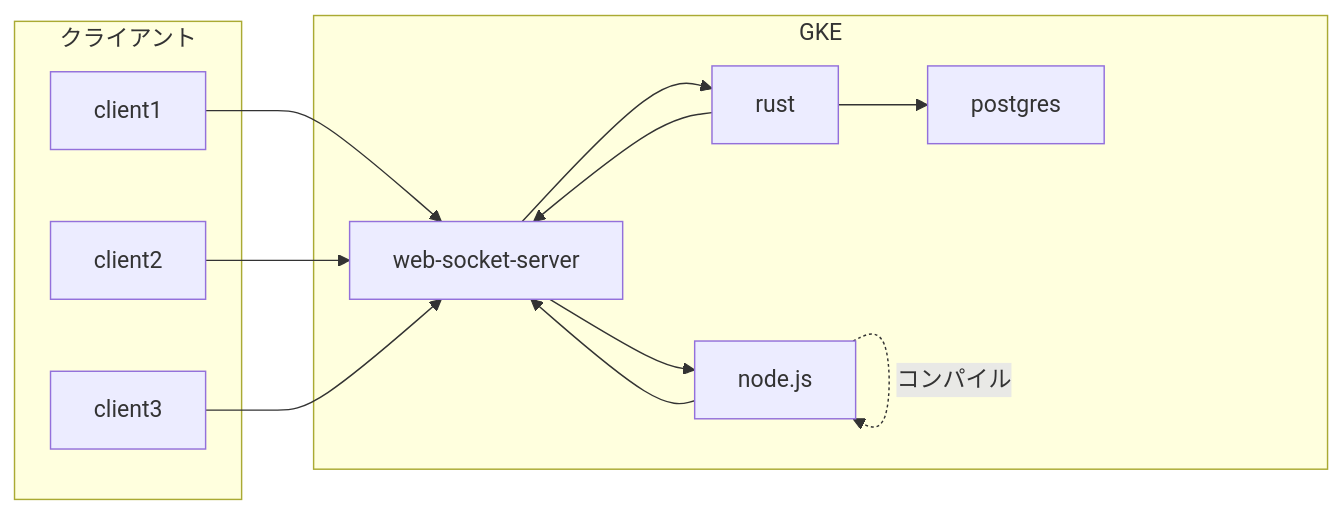
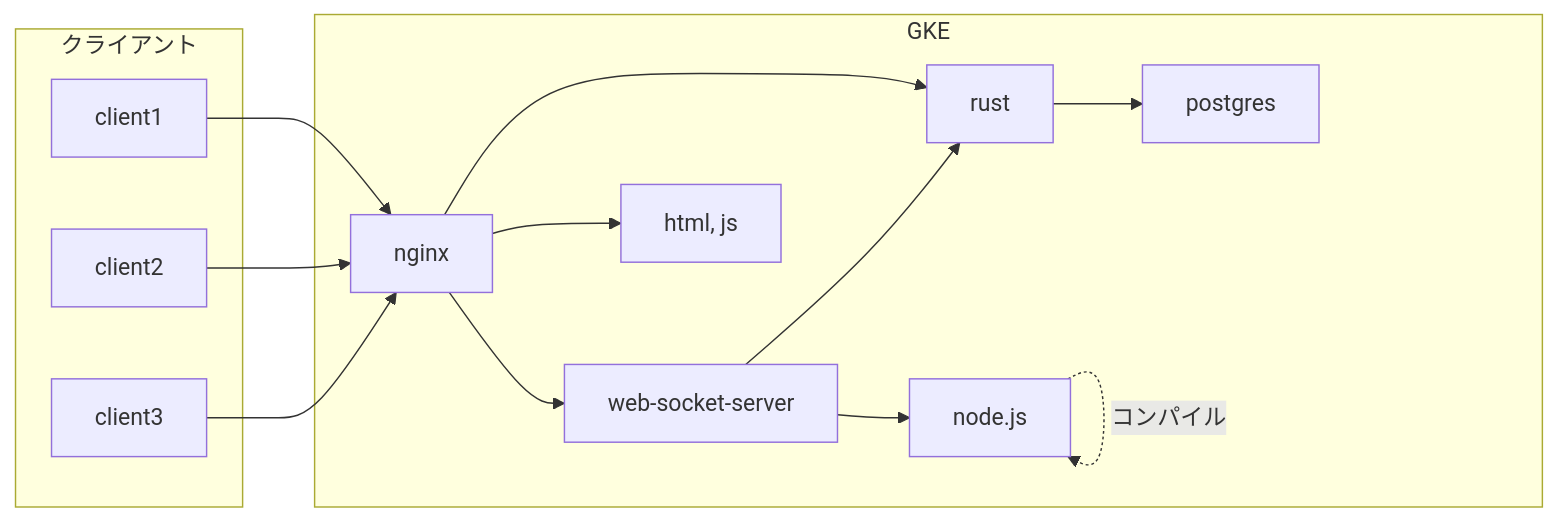
The diagram in docs/index.md (i-pu/ipu-room), drawn with Mermaid before and after one commit. The commit also changed other lines of this file and 3 other files, not shown here.

````diff
--- a/docs/index.md
+++ b/docs/index.md
@@ -30,19 +30,20 @@
 ```mermaid
 graph LR
 
   subgraph GKE
+    N[nginx] --> S[web-socket-server]
+    N --> R
+    N --> H[html, js]
     S --> R[rust]
-    R --> S
     R --> P[postgres]
     S --> C[node.js]
     C -.-> |コンパイル| C
-    C --> S
   end
 
   subgraph クライアント
-    C1[client1] --> S[web-socket-server]   
-    C2[client2] --> S
-    C3[client3] --> S
+    C1[client1] --> N
+    C2[client2] --> N
+    C3[client3] --> N
   end
 
 ```
````
